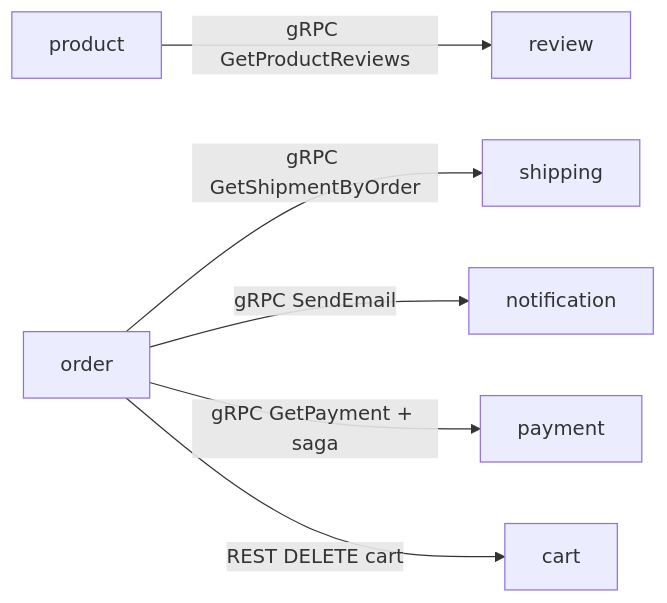
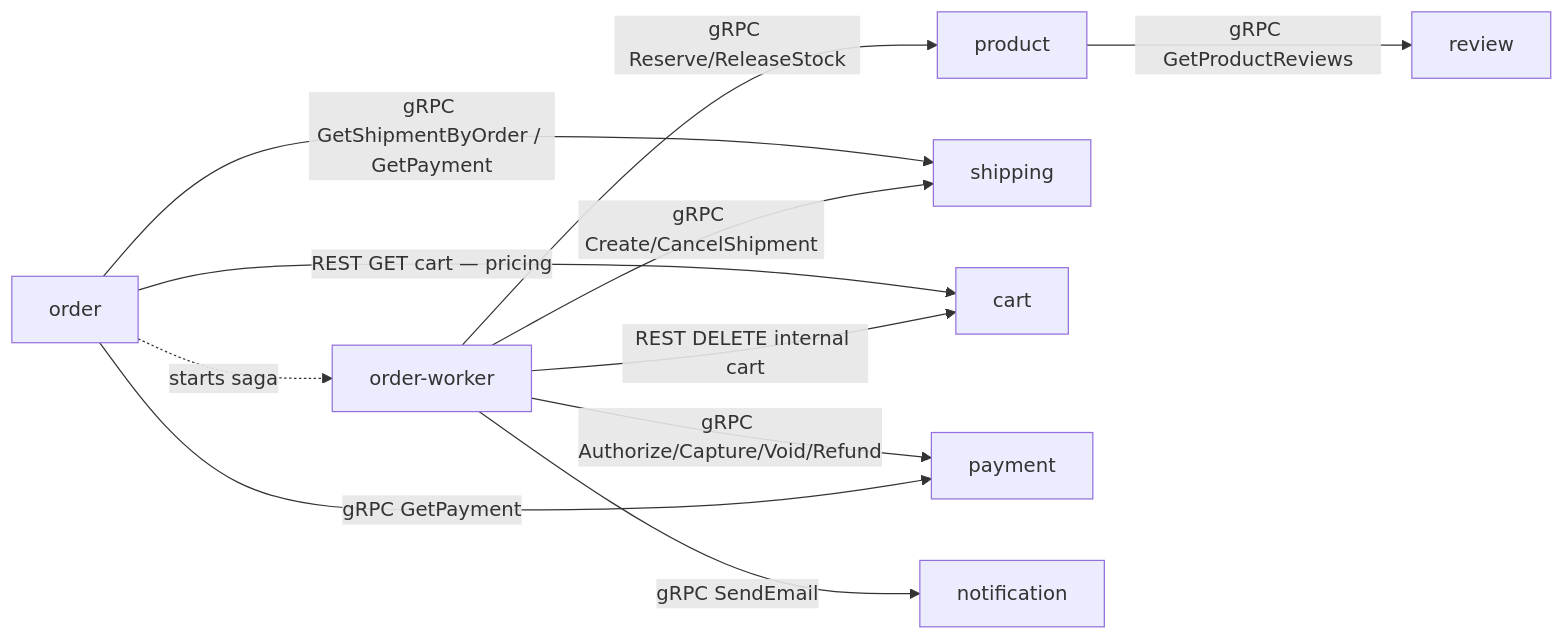
Before and after one commit to duynhlab/homelab: the second of 2 diagrams in docs/api/microservices.md, drawn with Mermaid. The commit also changed other lines of this file and 7 other files, not shown here.

````diff
--- a/docs/api/microservices.md
+++ b/docs/api/microservices.md
@@ -151,8 +257,13 @@
 ```mermaid
 flowchart LR
     PROD[product] -->|gRPC GetProductReviews| REV[review]
-    ORD[order] -->|gRPC GetShipmentByOrder| SHIP[shipping]
-    ORD -->|gRPC SendEmail| NOTIF[notification]
-    ORD -->|gRPC GetPayment + saga| PAY[payment]
-    ORD -->|REST DELETE cart| CART[cart]
+    ORD[order] -->|gRPC GetShipmentByOrder / GetPayment| SHIP[shipping]
+    ORD -->|REST GET cart — pricing| CART[cart]
+    ORD -.->|starts saga| WKR[order-worker]
+    WKR -->|gRPC Reserve/ReleaseStock| PROD
+    WKR -->|gRPC Create/CancelShipment| SHIP
+    WKR -->|gRPC Authorize/Capture/Void/Refund| PAY[payment]
+    WKR -->|gRPC SendEmail| NOTIF[notification]
+    WKR -->|REST DELETE internal cart| CART
+    ORD -->|gRPC GetPayment| PAY
 ```
````
